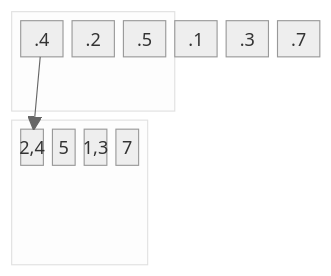
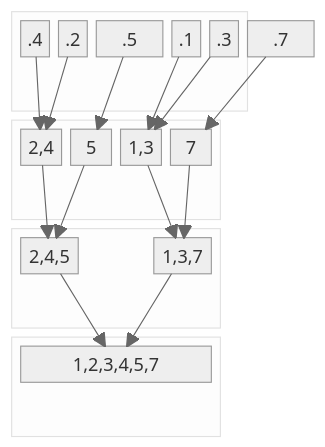
One commit to kuyeol/Ung-DSA-Repo changed the second of 2 diagrams in DSA/src/main/java/org/algorithm/Merge.md. Above: the diagram before and after it, drawn with Mermaid (neutral theme). The commit also changed other lines of this file, not shown here.

````diff
--- a/DSA/src/main/java/org/algorithm/Merge.md
+++ b/DSA/src/main/java/org/algorithm/Merge.md
@@ -55,20 +56,41 @@
 ```mermaid
 block-beta
-    
- columns 1
+    columns 1
     block: ID
-        columns 12
-        .4:2 .2:2 .5:2 .1:2 .3:2 .7:2
+        columns 8
+        .4:1 .2:1 .5:2 .1:1 .3:1 .7:2
     end
 
     block: ID2
         columns auto
-        2,4:3 5:3 1,3:3 7:3
+        2,4:2 5:1 1,3:2 7:1
     end
-    
-    
-               .4-->2,4
+    block: ID3
+        columns auto
+        2,4,5:2 space:1 1,3,7:2
+    end
 
-  
+    block: ID4
+        columns auto
+        1,2,3,4,5,7:2
+    end
+
+    .4-->2,4
+    .2 -->2,4
+    .5 --> 5
+    .1 -->  1,3
+    .3 -->  1,3
+    .7 --> 7
+
+2,4-->2,4,5
+5 --> 2,4,5
+1,3 --> 1,3,7
+7 --> 1,3,7
+2,4,5 --> 1,2,3,4,5,7
+1,3,7 --> 1,2,3,4,5,7
+
+
+
+
 
 ```
````
